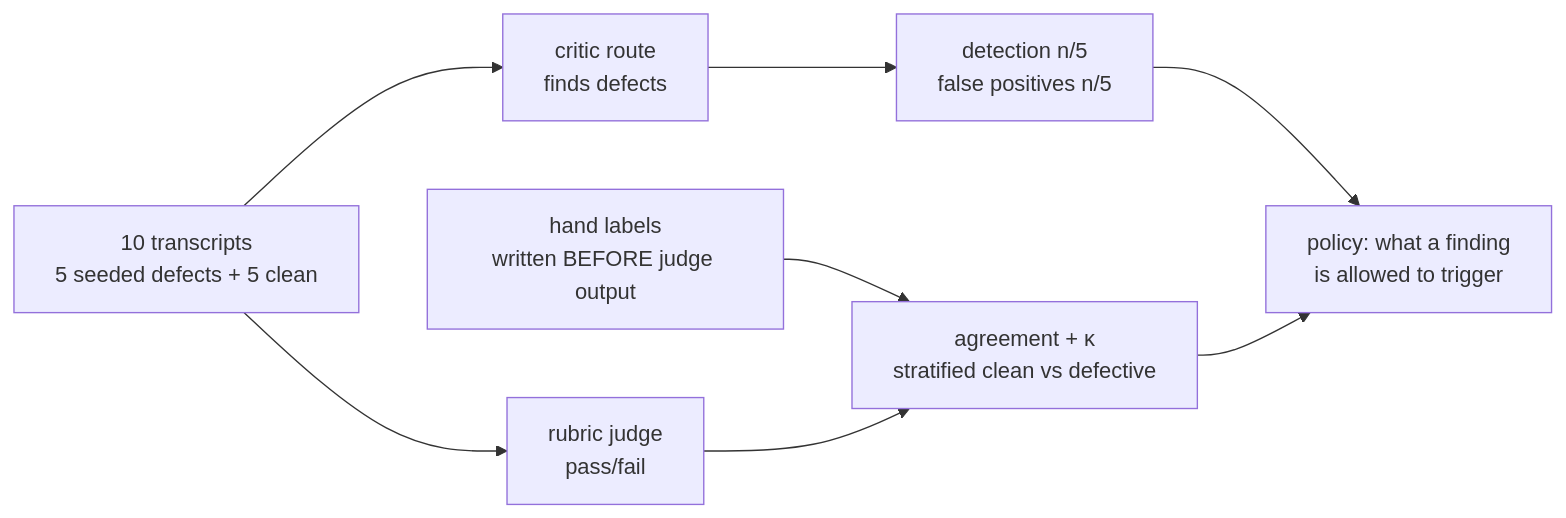
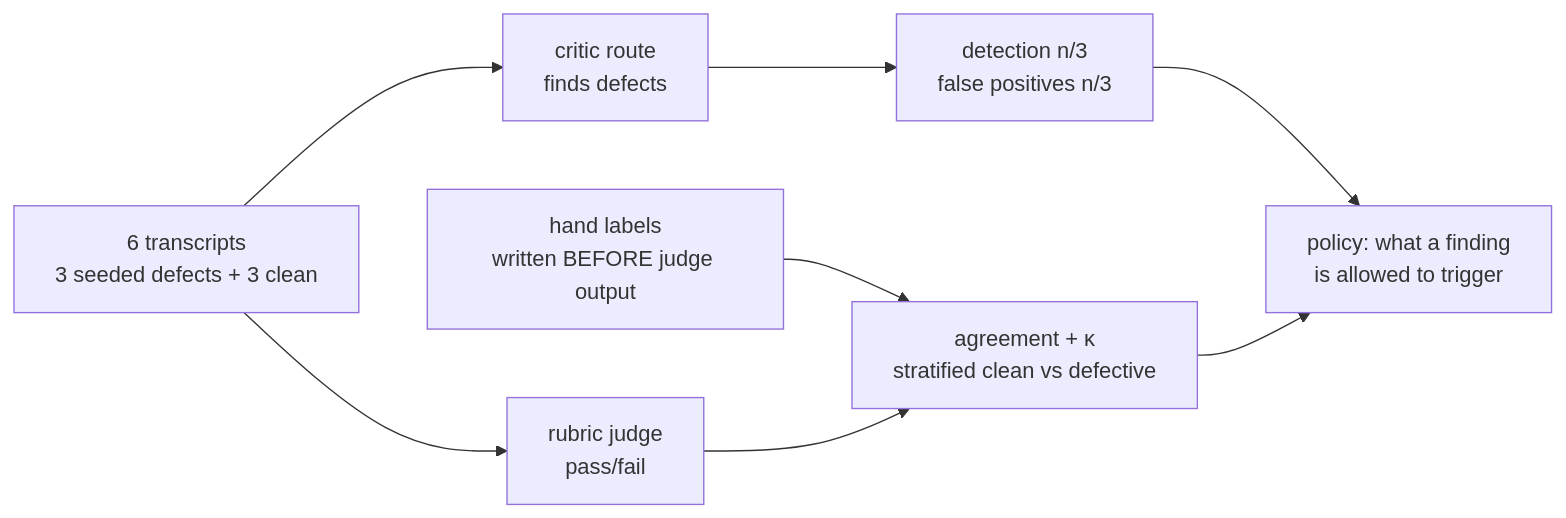
The diagram in sessions/s12-judge-calibration/lesson.md (macayaven/agent-harness-path), drawn with Mermaid before and after one commit. The commit also changed other lines of this file and 21 other files, not shown here.

````diff
--- a/sessions/s12-judge-calibration/lesson.md
+++ b/sessions/s12-judge-calibration/lesson.md
@@ -52,10 +52,10 @@
 ```mermaid
 flowchart LR
-    T[10 transcripts<br/>5 seeded defects + 5 clean] --> C[critic route<br/>finds defects]
+    T[6 transcripts<br/>3 seeded defects + 3 clean] --> C[critic route<br/>finds defects]
     T --> J[rubric judge<br/>pass/fail]
     H[hand labels<br/>written BEFORE judge output] --> K[agreement + κ<br/>stratified clean vs defective]
     J --> K
-    C --> R[detection n/5<br/>false positives n/5]
+    C --> R[detection n/3<br/>false positives n/3]
     R --> P[policy: what a finding<br/>is allowed to trigger]
     K --> P
 ```
````
